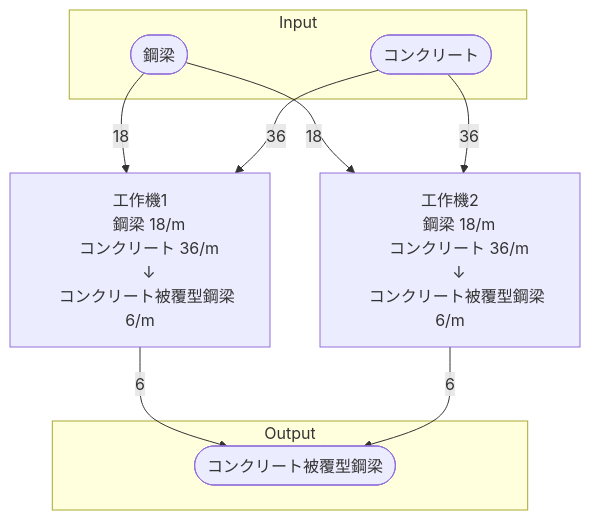
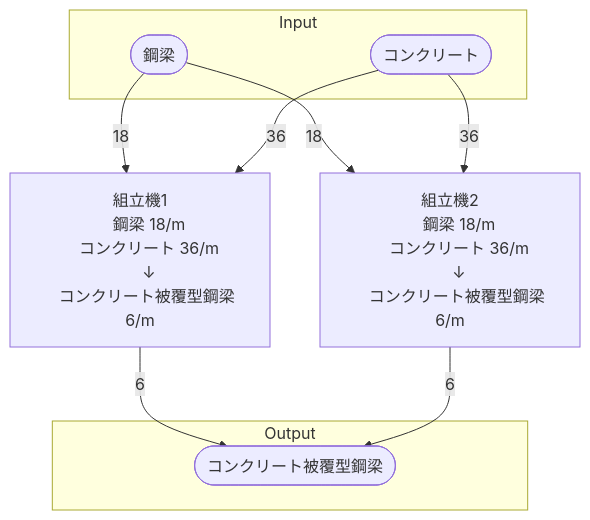
Before and after one commit to Suzuran-Amano/SatisfactoryTaskEfficiency: the diagram in 40_FactoryBuilding/鋼鉄工場/40_個別製造ライン設計書/個別製造ライン設計書_コンクリート被覆型鋼梁製造ライン.md, drawn with Mermaid. The commit also changed other lines of this file and 288 other files, not shown here.

````diff
--- a/40_FactoryBuilding/鋼鉄工場/40_個別製造ライン設計書/個別製造ライン設計書_コンクリート被覆型鋼梁製造ライン.md
+++ b/40_FactoryBuilding/鋼鉄工場/40_個別製造ライン設計書/個別製造ライン設計書_コンクリート被覆型鋼梁製造ライン.md
@@ -19,35 +21,35 @@
 ```mermaid
 flowchart TD
 
 subgraph Input
     鋼梁([鋼梁])
     コンクリート([コンクリート])
 end
 
-工作機1[
-    工作機1
+組立機1[
+    組立機1
     鋼梁 18/m
     コンクリート 36/m
     ↓
     コンクリート被覆型鋼梁 6/m
 ]
 
-工作機2[
-    工作機2
+組立機2[
+    組立機2
     鋼梁 18/m
     コンクリート 36/m
     ↓
     コンクリート被覆型鋼梁 6/m
 ]
 
 subgraph Output
     コンクリート被覆型鋼梁([コンクリート被覆型鋼梁])
 end
 
-鋼梁-->|18|工作機1
-コンクリート-->|36|工作機1
-工作機1-->|6|コンクリート被覆型鋼梁
-鋼梁-->|18|工作機2
-コンクリート-->|36|工作機2
-工作機2-->|6|コンクリート被覆型鋼梁
+鋼梁-->|18|組立機1
+コンクリート-->|36|組立機1
+組立機1-->|6|コンクリート被覆型鋼梁
+鋼梁-->|18|組立機2
+コンクリート-->|36|組立機2
+組立機2-->|6|コンクリート被覆型鋼梁
 ```
````
